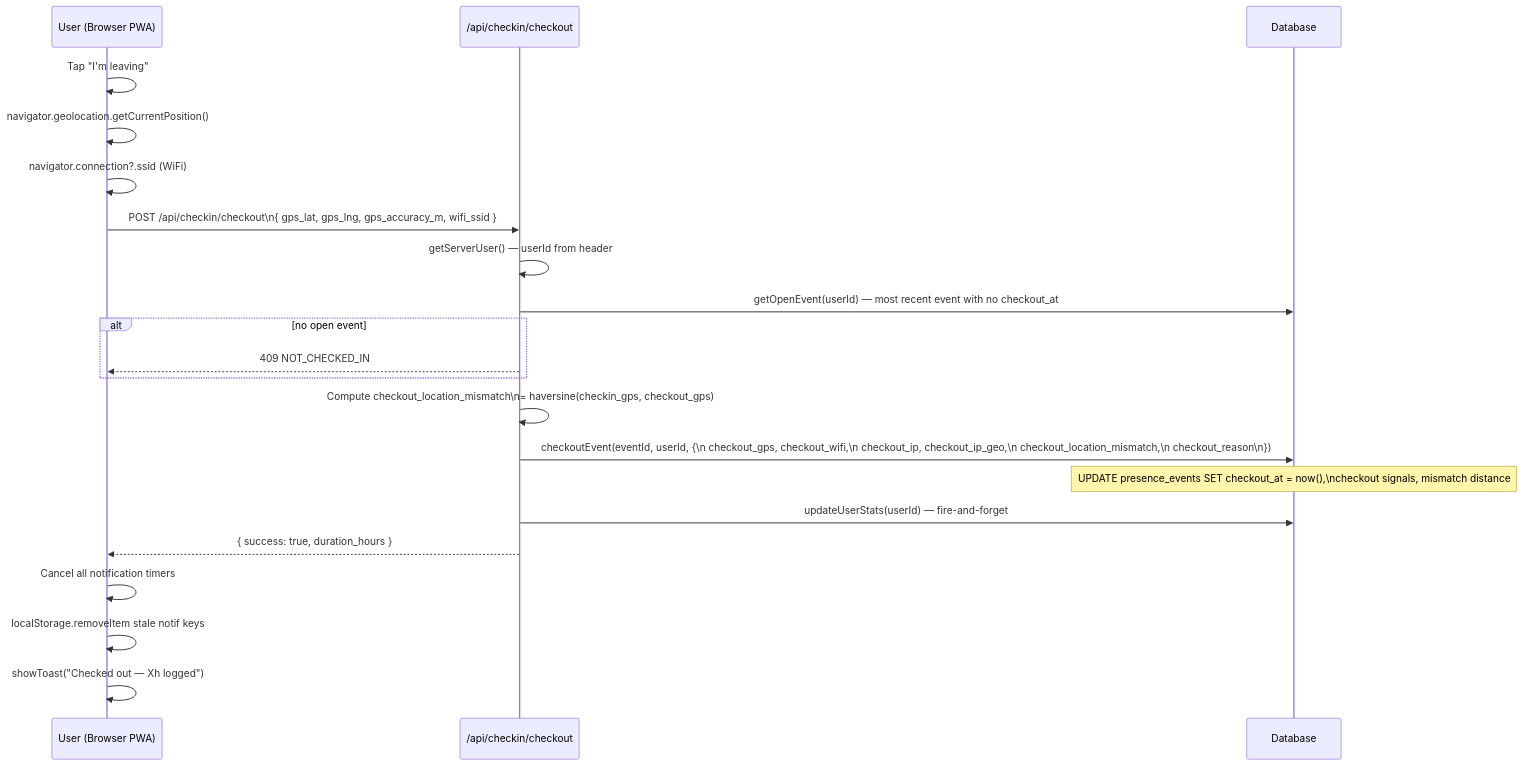
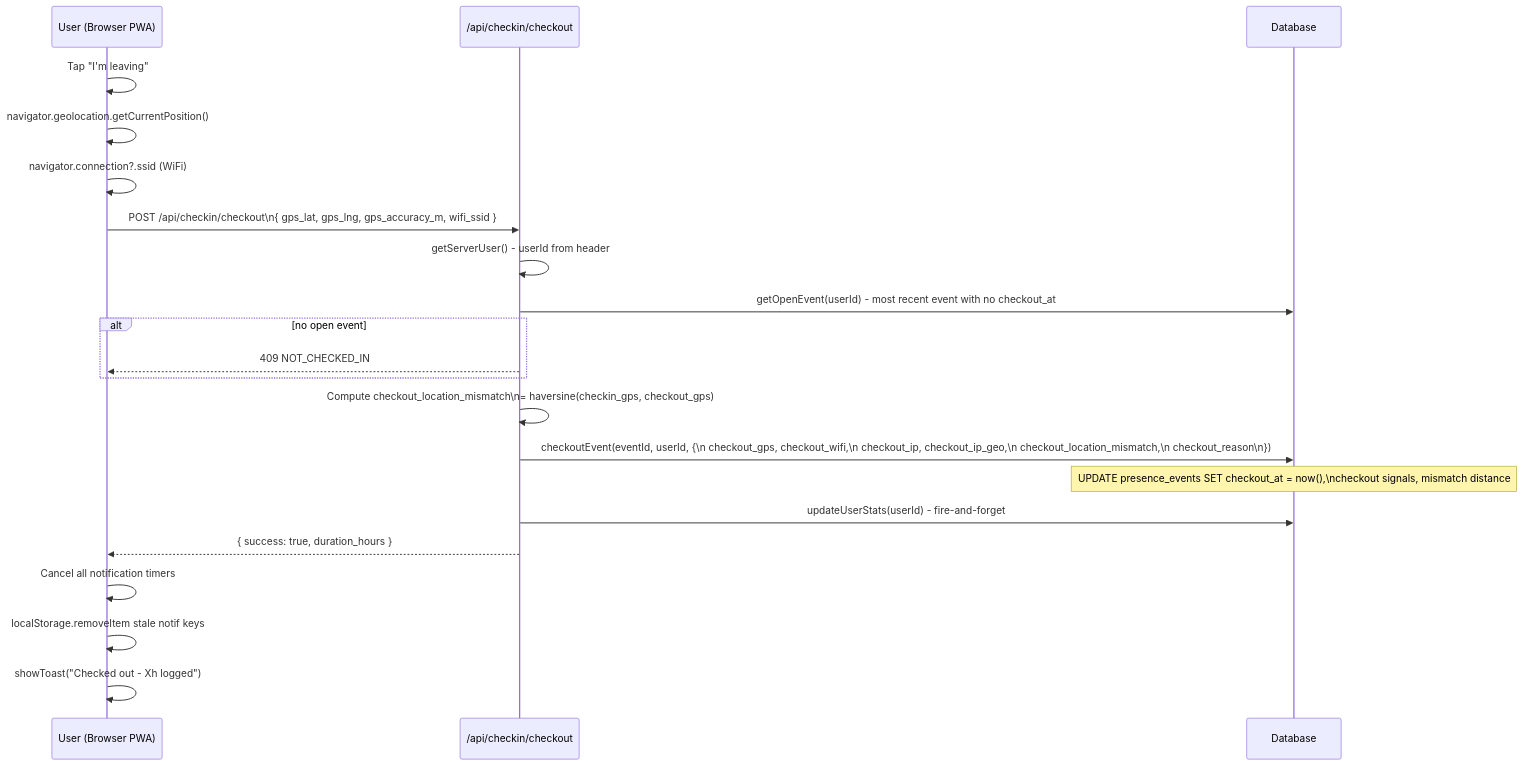
The second of 6 diagrams in docs/architecture/checkin-flow.md (ksharma20/checkmark), drawn with Mermaid before and after one commit. The commit also changed other lines of this file and 75 other files, not shown here.

````diff
--- a/docs/architecture/checkin-flow.md
+++ b/docs/architecture/checkin-flow.md
@@ -64,31 +64,31 @@
 ```mermaid
 sequenceDiagram
   participant U as User (Browser PWA)
   participant API as /api/checkin/checkout
   participant DB as Database
 
   U->>U: Tap "I'm leaving"
   U->>U: navigator.geolocation.getCurrentPosition()
   U->>U: navigator.connection?.ssid (WiFi)
 
   U->>API: POST /api/checkin/checkout\n{ gps_lat, gps_lng, gps_accuracy_m, wifi_ssid }
 
-  API->>API: getServerUser() — userId from header
+  API->>API: getServerUser() - userId from header
 
-  API->>DB: getOpenEvent(userId) — most recent event with no checkout_at
+  API->>DB: getOpenEvent(userId) - most recent event with no checkout_at
   alt no open event
     API-->>U: 409 NOT_CHECKED_IN
   end
 
   API->>API: Compute checkout_location_mismatch\n= haversine(checkin_gps, checkout_gps)
 
   API->>DB: checkoutEvent(eventId, userId, {\n  checkout_gps, checkout_wifi,\n  checkout_ip, checkout_ip_geo,\n  checkout_location_mismatch,\n  checkout_reason\n})
   Note over DB: UPDATE presence_events SET checkout_at = now(),\ncheckout signals, mismatch distance
 
-  API->>DB: updateUserStats(userId) — fire-and-forget
+  API->>DB: updateUserStats(userId) - fire-and-forget
   API-->>U: { success: true, duration_hours }
 
   U->>U: Cancel all notification timers
   U->>U: localStorage.removeItem stale notif keys
-  U->>U: showToast("Checked out — Xh logged")
+  U->>U: showToast("Checked out - Xh logged")
 ```
````
